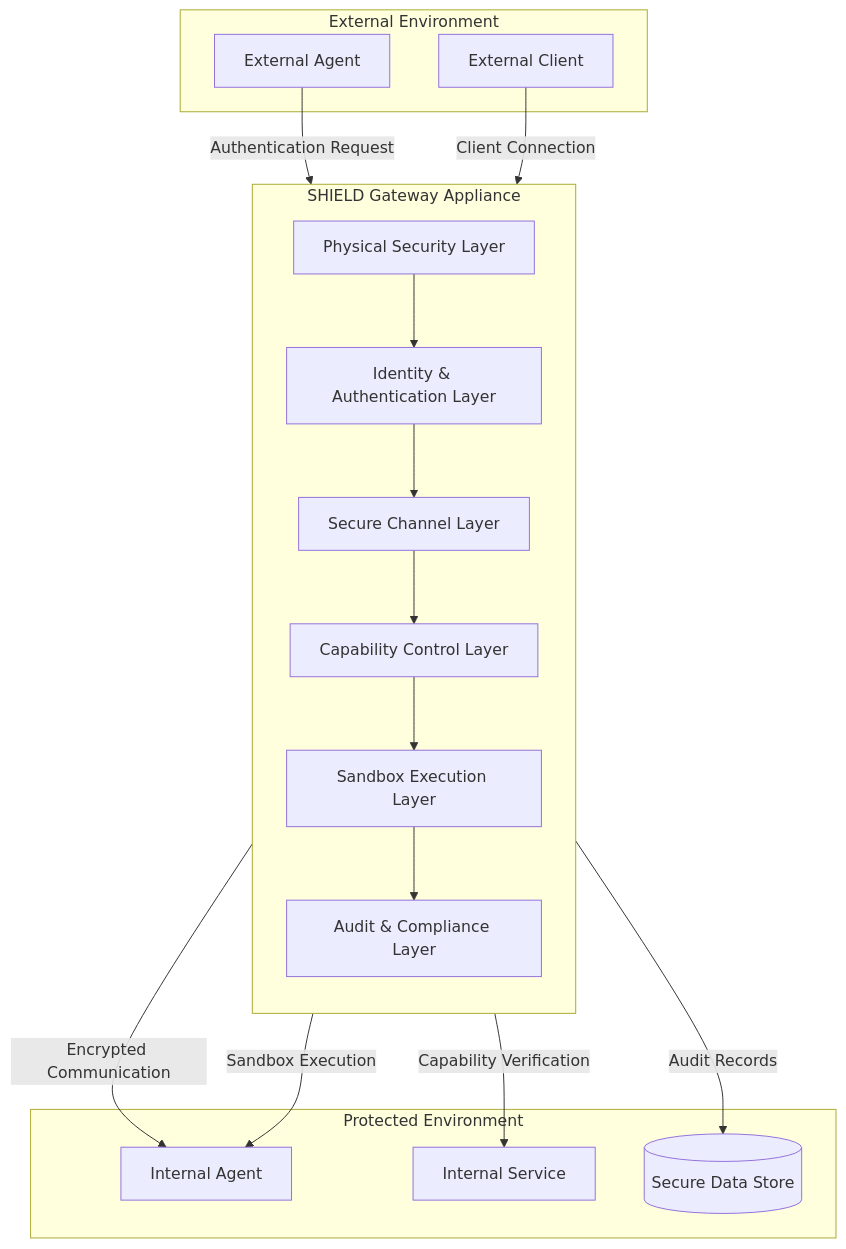
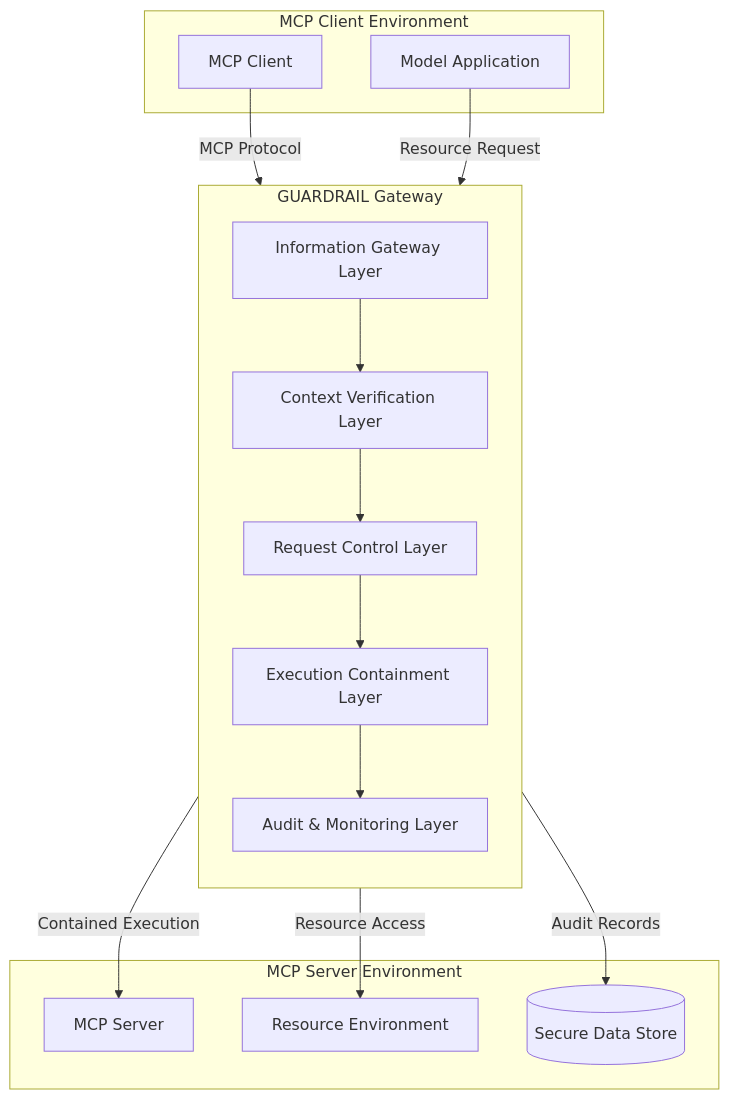
The first of 8 diagrams in 6-diags-mermaid.md (nshkrdotcom/GUARDRAIL), drawn with Mermaid before and after one commit. The commit also changed other lines of this file and 7 other files, not shown here.

````diff
--- a/6-diags-mermaid.md
+++ b/6-diags-mermaid.md
@@ -51,36 +7,33 @@
 ```mermaid
 flowchart TB
-    subgraph "External Environment"
-        EA[External Agent]
-        EC[External Client]
+    subgraph "MCP Client Environment"
+        MC[MCP Client]
+        MA[Model Application]
     end
     
-    subgraph "SHIELD Gateway Appliance"
+    subgraph "GUARDRAIL Gateway"
         direction TB
-        PS[Physical Security Layer]
-        IAL[Identity & Authentication Layer]
-        SCL[Secure Channel Layer]
-        CCL[Capability Control Layer]
-        SEL[Sandbox Execution Layer]
-        ACL[Audit & Compliance Layer]
+        IGL[Information Gateway Layer]
+        CVL[Context Verification Layer]
+        RCL[Request Control Layer]
+        ECL[Execution Containment Layer]
+        AML[Audit & Monitoring Layer]
         
-        PS --> IAL
-        IAL --> SCL
-        SCL --> CCL
-        CCL --> SEL
-        SEL --> ACL
+        IGL --> CVL
+        CVL --> RCL
+        RCL --> ECL
+        ECL --> AML
     end
     
-    subgraph "Protected Environment"
-        IA[Internal Agent]
-        IS[Internal Service]
-        DB[(Secure Data Store)]
+    subgraph "MCP Server Environment"
+        MS[MCP Server]
+        RE[Resource Environment]
+        DS[(Secure Data Store)]
     end
     
-    EA -- "Authentication Request" --> IAL
-    EC -- "Client Connection" --> SCL
-    SCL -- "Encrypted Communication" --> IA
-    CCL -- "Capability Verification" --> IS
-    SEL -- "Sandbox Execution" --> IA
-    ACL -- "Audit Records" --> DB
+    MC -- "MCP Protocol" --> IGL
+    MA -- "Resource Request" --> IGL
+    ECL -- "Contained Execution" --> MS
+    RCL -- "Resource Access" --> RE
+    AML -- "Audit Records" --> DS
 ```
````
